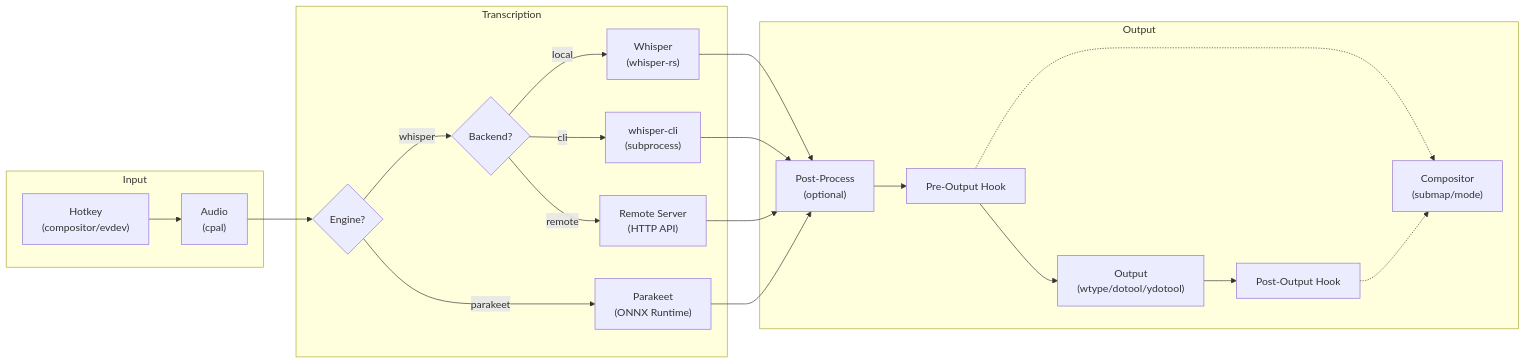
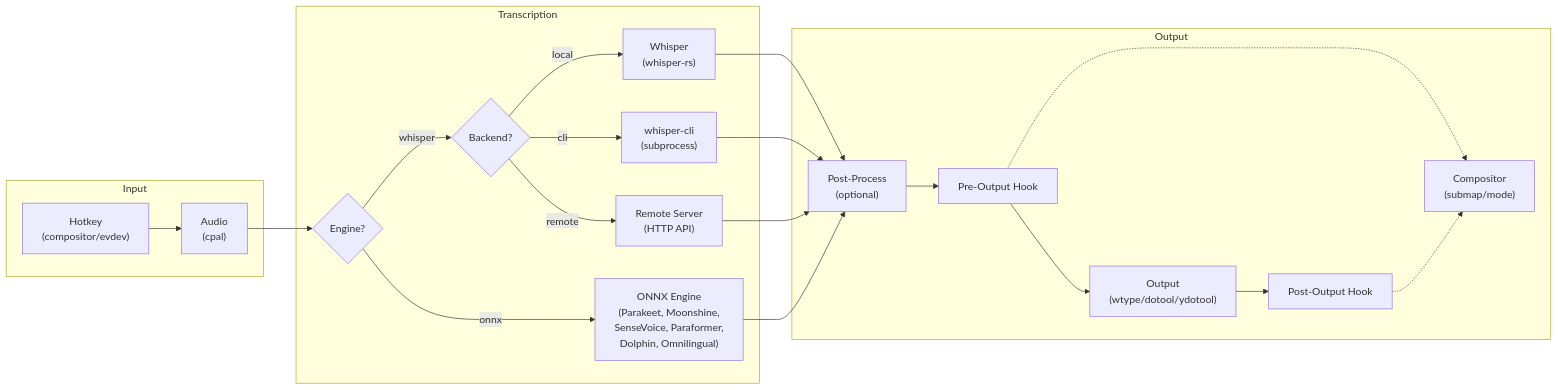
One commit to peteonrails/voxtype changed the diagram in README.md. Above: the diagram before and after it, drawn with Mermaid. The commit also changed other lines of this file and 5 other files, not shown here.

````diff
--- a/README.md
+++ b/README.md
@@ -519,25 +569,25 @@
 ```mermaid
 flowchart LR
     subgraph Input
         Hotkey["Hotkey<br/>(compositor/evdev)"] --> Audio["Audio<br/>(cpal)"]
     end
     subgraph Transcription
         Audio --> Engine{Engine?}
         Engine -->|whisper| WhisperBackend{Backend?}
-        Engine -->|parakeet| Parakeet["Parakeet<br/>(ONNX Runtime)"]
+        Engine -->|onnx| ONNX["ONNX Engine<br/>(Parakeet, Moonshine,<br/>SenseVoice, Paraformer,<br/>Dolphin, Omnilingual)"]
         WhisperBackend -->|local| Whisper["Whisper<br/>(whisper-rs)"]
         WhisperBackend -->|cli| CLI["whisper-cli<br/>(subprocess)"]
         WhisperBackend -->|remote| Remote["Remote Server<br/>(HTTP API)"]
     end
     subgraph Output
         Whisper --> PostProcess["Post-Process<br/>(optional)"]
         CLI --> PostProcess
         Remote --> PostProcess
-        Parakeet --> PostProcess
+        ONNX --> PostProcess
         PostProcess --> PreHook["Pre-Output Hook"]
         PreHook --> TextOutput["Output<br/>(wtype/dotool/ydotool)"]
         TextOutput --> PostHook["Post-Output Hook"]
         PreHook -.-> Compositor["Compositor<br/>(submap/mode)"]
         PostHook -.-> Compositor
     end
 ```
````
